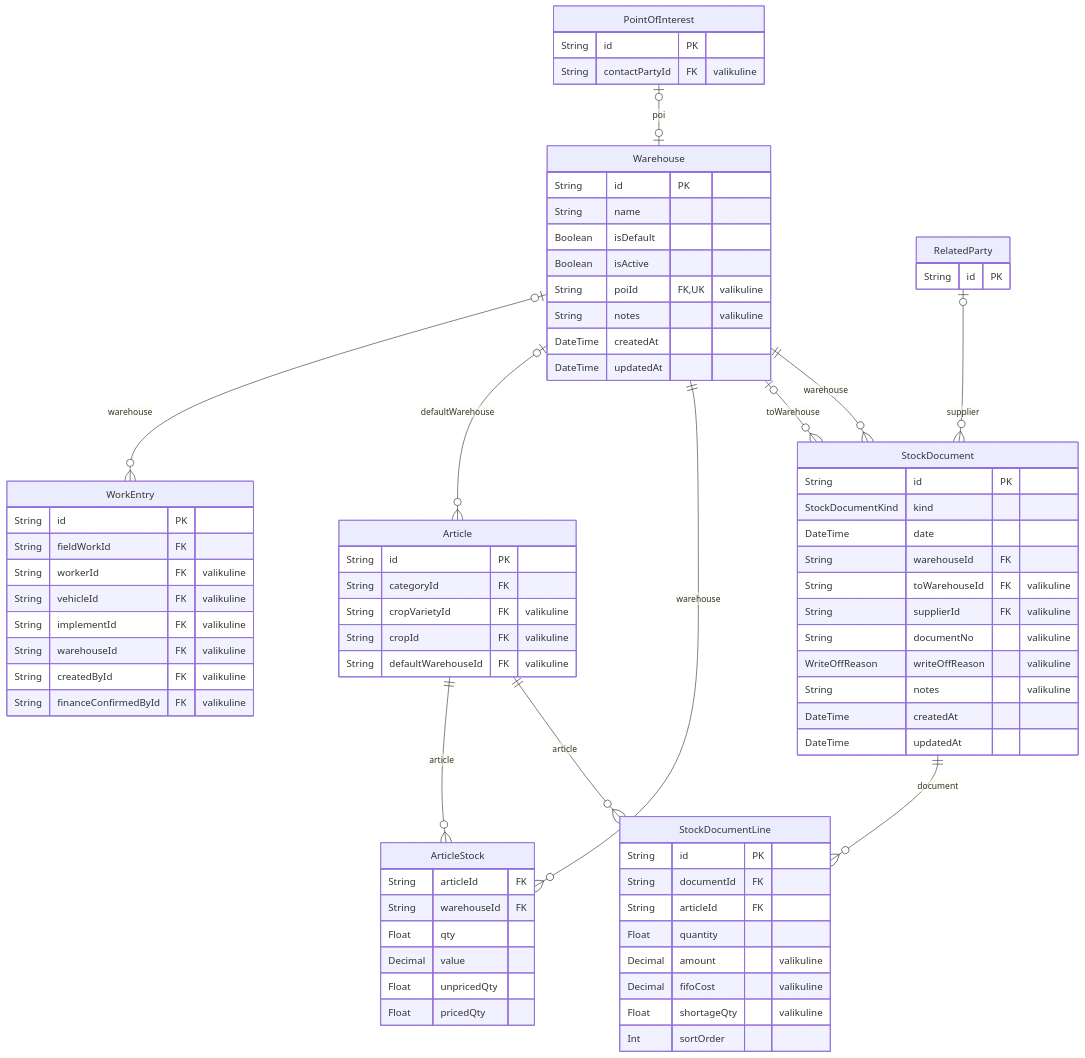
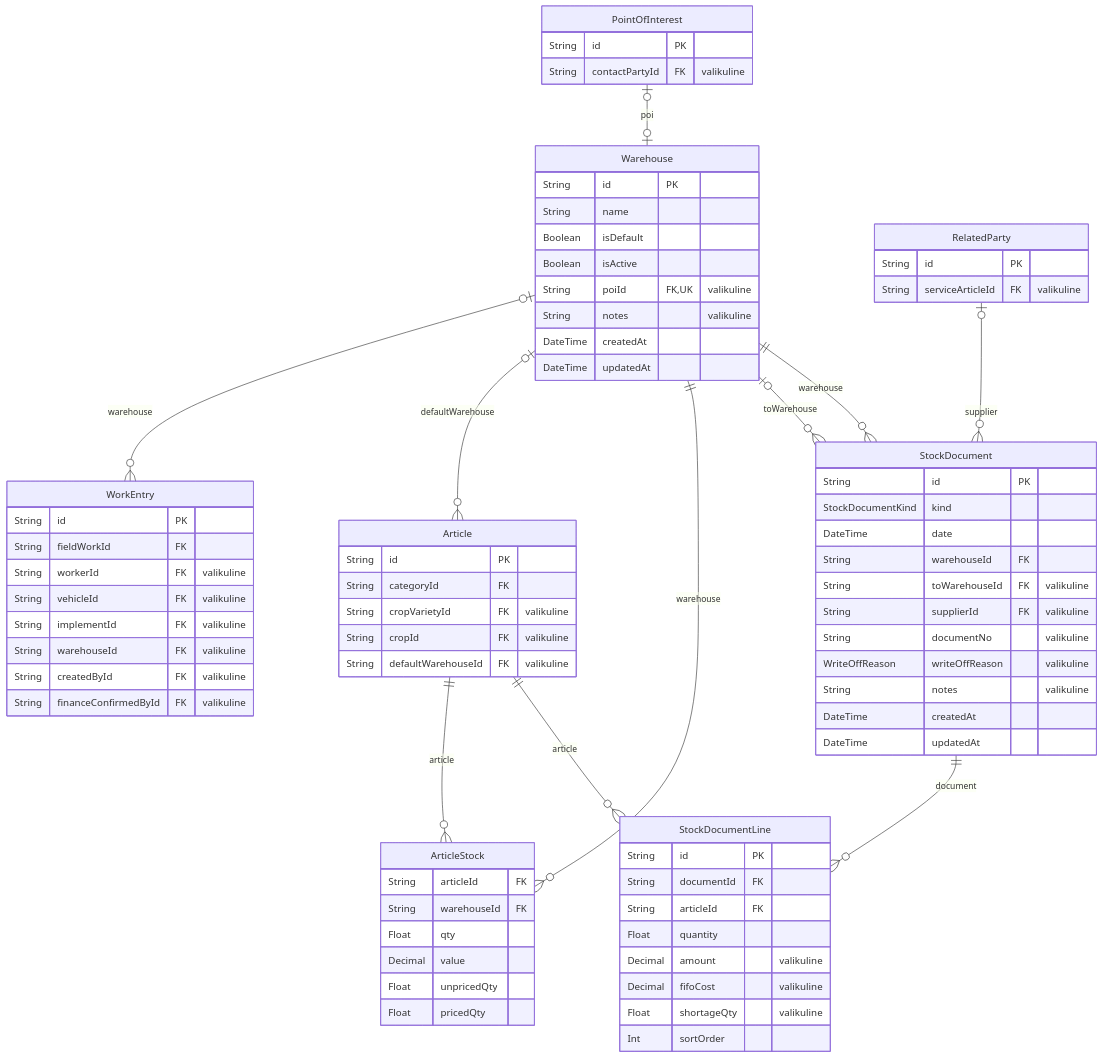
One commit to andres-janno/teris changed the fourth of 7 diagrams in docs/andmemudel.md. Above: the diagram before and after it, drawn with Mermaid. The commit also changed other lines of this file, not shown here.

````diff
--- a/docs/andmemudel.md
+++ b/docs/andmemudel.md
@@ -626,78 +652,79 @@
 ```mermaid
 erDiagram
   Warehouse {
     String id PK
     String name
     Boolean isDefault
     Boolean isActive
     String poiId FK,UK "valikuline"
     String notes "valikuline"
     DateTime createdAt
     DateTime updatedAt
   }
   StockDocument {
     String id PK
     StockDocumentKind kind
     DateTime date
     String warehouseId FK
     String toWarehouseId FK "valikuline"
     String supplierId FK "valikuline"
     String documentNo "valikuline"
     WriteOffReason writeOffReason "valikuline"
     String notes "valikuline"
     DateTime createdAt
     DateTime updatedAt
   }
   StockDocumentLine {
     String id PK
     String documentId FK
     String articleId FK
     Float quantity
     Decimal amount "valikuline"
     Decimal fifoCost "valikuline"
     Float shortageQty "valikuline"
     Int sortOrder
   }
   ArticleStock {
     String articleId FK
     String warehouseId FK
     Float qty
     Decimal value
     Float unpricedQty
     Float pricedQty
   }
   PointOfInterest {
     String id PK
     String contactPartyId FK "valikuline"
   }
   RelatedParty {
     String id PK
+    String serviceArticleId FK "valikuline"
   }
   Article {
     String id PK
     String categoryId FK
     String cropVarietyId FK "valikuline"
     String cropId FK "valikuline"
     String defaultWarehouseId FK "valikuline"
   }
   WorkEntry {
     String id PK
     String fieldWorkId FK
     String workerId FK "valikuline"
     String vehicleId FK "valikuline"
     String implementId FK "valikuline"
     String warehouseId FK "valikuline"
     String createdById FK "valikuline"
     String financeConfirmedById FK "valikuline"
   }
   PointOfInterest |o--o| Warehouse : "poi"
   Warehouse ||--o{ StockDocument : "warehouse"
   Warehouse |o--o{ StockDocument : "toWarehouse"
   RelatedParty |o--o{ StockDocument : "supplier"
   StockDocument ||--o{ StockDocumentLine : "document"
   Article ||--o{ StockDocumentLine : "article"
   Article ||--o{ ArticleStock : "article"
   Warehouse ||--o{ ArticleStock : "warehouse"
   Warehouse |o--o{ Article : "defaultWarehouse"
   Warehouse |o--o{ WorkEntry : "warehouse"
 ```
````
